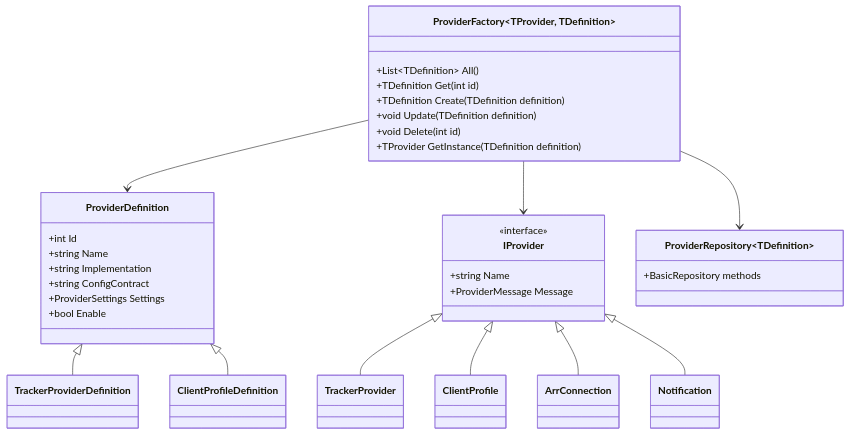
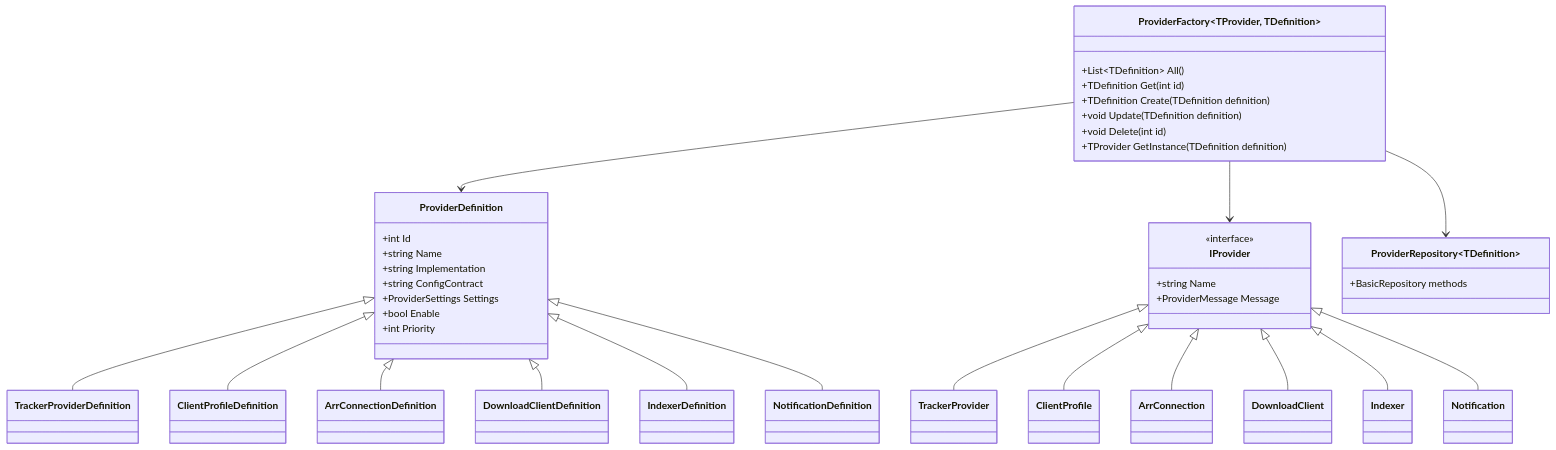
Before and after one commit to dmzoneill/Seedarr: the fourth of 4 diagrams in docs/domain-model.md, drawn with Mermaid. The commit also changed other lines of this file and 6 other files, not shown here.

````diff
--- a/docs/domain-model.md
+++ b/docs/domain-model.md
@@ -164,40 +282,47 @@
 ```mermaid
 classDiagram
     class IProvider {
         <<interface>>
         +string Name
         +ProviderMessage Message
     }
 
     class ProviderDefinition {
         +int Id
         +string Name
         +string Implementation
         +string ConfigContract
         +ProviderSettings Settings
         +bool Enable
+        +int Priority
     }
 
     class ProviderFactory~TProvider, TDefinition~ {
         +List~TDefinition~ All()
         +TDefinition Get(int id)
         +TDefinition Create(TDefinition definition)
         +void Update(TDefinition definition)
         +void Delete(int id)
         +TProvider GetInstance(TDefinition definition)
     }
 
     class ProviderRepository~TDefinition~ {
         +BasicRepository methods
     }
 
     IProvider <|-- TrackerProvider
     IProvider <|-- ClientProfile
     IProvider <|-- ArrConnection
+    IProvider <|-- DownloadClient
+    IProvider <|-- Indexer
     IProvider <|-- Notification
     ProviderDefinition <|-- TrackerProviderDefinition
     ProviderDefinition <|-- ClientProfileDefinition
+    ProviderDefinition <|-- ArrConnectionDefinition
+    ProviderDefinition <|-- DownloadClientDefinition
+    ProviderDefinition <|-- IndexerDefinition
+    ProviderDefinition <|-- NotificationDefinition
     ProviderFactory --> ProviderDefinition
     ProviderFactory --> ProviderRepository
     ProviderFactory --> IProvider
 ```
````
